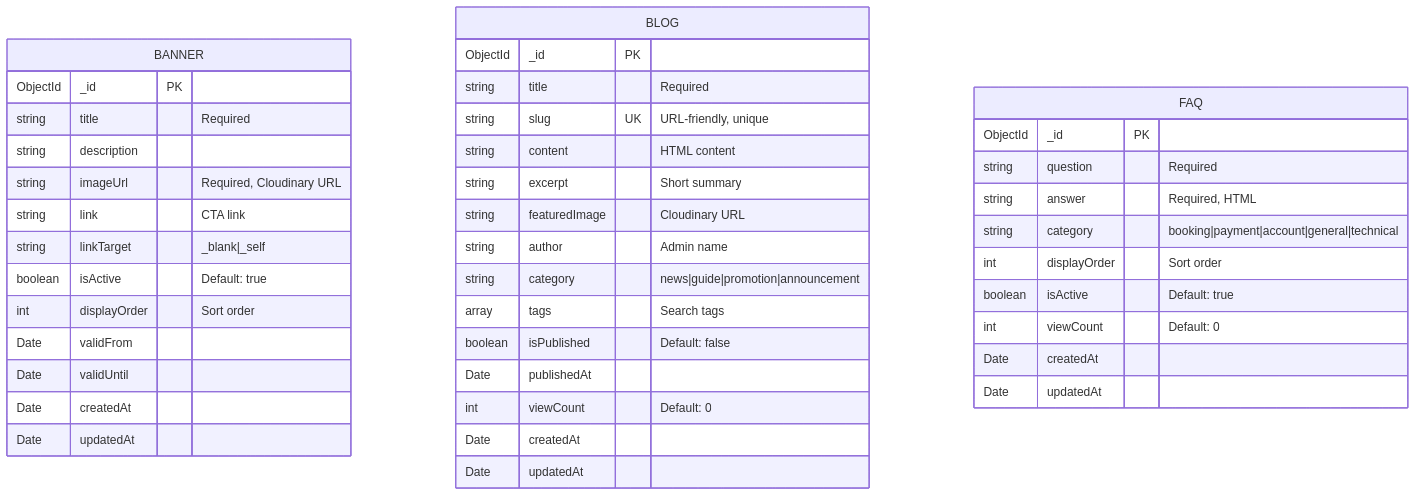
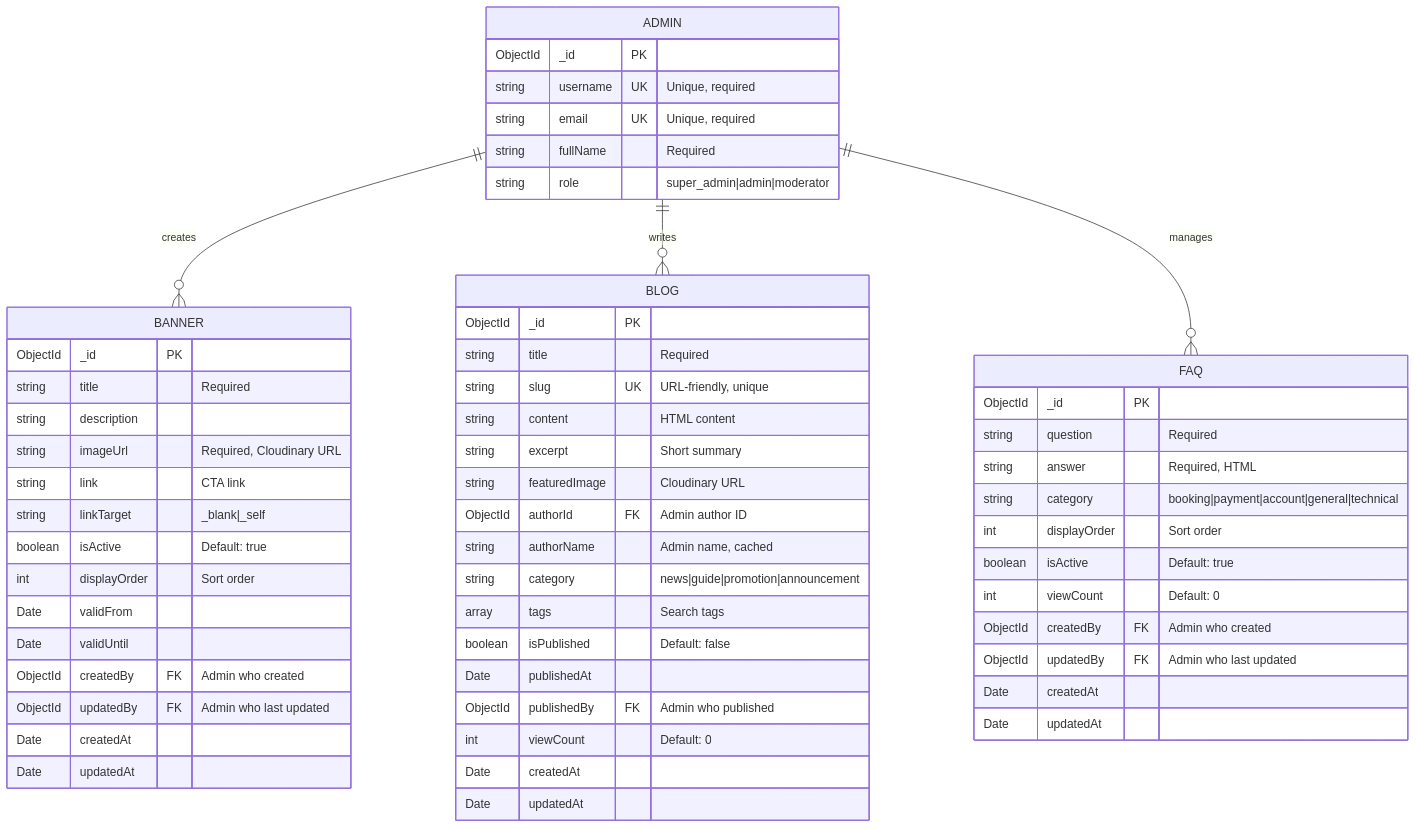
One commit to nhkhanhyn0410/Te2_quikride changed the tenth of 18 diagrams in WEBSITE_DIAGRAM.md. Above: the diagram before and after it, drawn with Mermaid. The commit also changed other lines of this file, not shown here.

First line of the commit message:
docs: Add relationships to Content Management schema

````diff
--- a/WEBSITE_DIAGRAM.md
+++ b/WEBSITE_DIAGRAM.md
@@ -685,46 +693,64 @@
 ```mermaid
 erDiagram
+    ADMIN ||--o{ BANNER : creates
+    ADMIN ||--o{ BLOG : writes
+    ADMIN ||--o{ FAQ : manages
+
+    ADMIN {
+        ObjectId _id PK
+        string username UK "Unique, required"
+        string email UK "Unique, required"
+        string fullName "Required"
+        string role "super_admin|admin|moderator"
+    }
+
     BANNER {
         ObjectId _id PK
         string title "Required"
         string description
         string imageUrl "Required, Cloudinary URL"
         string link "CTA link"
         string linkTarget "_blank|_self"
         boolean isActive "Default: true"
         int displayOrder "Sort order"
         Date validFrom
         Date validUntil
+        ObjectId createdBy FK "Admin who created"
+        ObjectId updatedBy FK "Admin who last updated"
         Date createdAt
         Date updatedAt
     }
 
     BLOG {
         ObjectId _id PK
         string title "Required"
         string slug UK "URL-friendly, unique"
         string content "HTML content"
         string excerpt "Short summary"
         string featuredImage "Cloudinary URL"
-        string author "Admin name"
+        ObjectId authorId FK "Admin author ID"
+        string authorName "Admin name, cached"
         string category "news|guide|promotion|announcement"
         array tags "Search tags"
         boolean isPublished "Default: false"
         Date publishedAt
+        ObjectId publishedBy FK "Admin who published"
         int viewCount "Default: 0"
         Date createdAt
         Date updatedAt
     }
 
     FAQ {
         ObjectId _id PK
         string question "Required"
         string answer "Required, HTML"
         string category "booking|payment|account|general|technical"
         int displayOrder "Sort order"
         boolean isActive "Default: true"
         int viewCount "Default: 0"
+        ObjectId createdBy FK "Admin who created"
+        ObjectId updatedBy FK "Admin who last updated"
         Date createdAt
         Date updatedAt
     }
 ```
````
